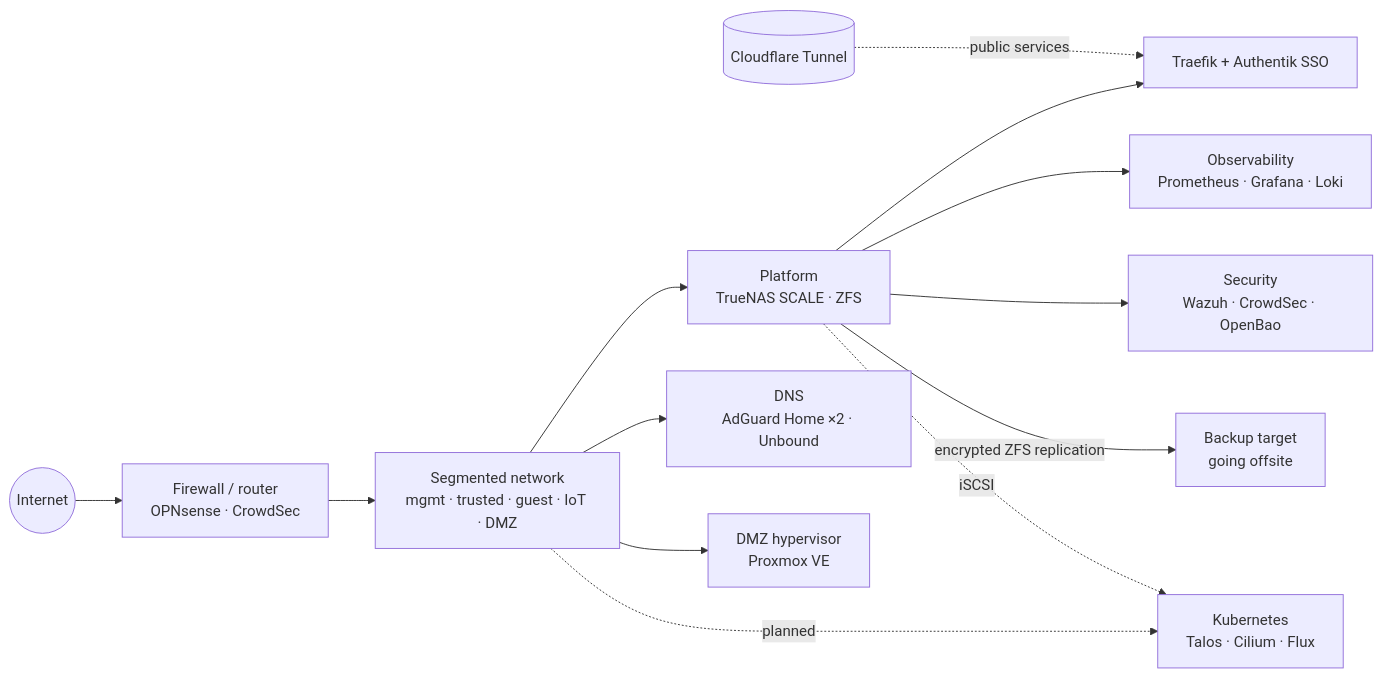
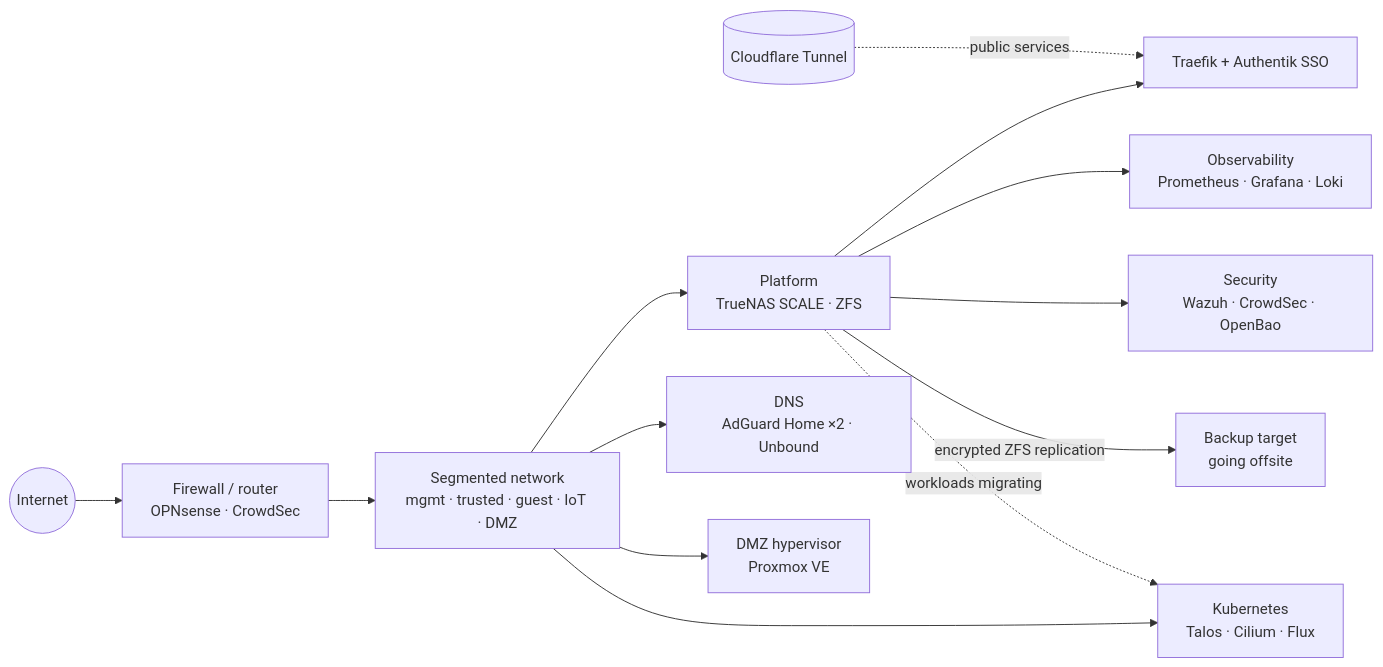
One commit to mselin/mselin changed the diagram in README.md. Above: the diagram before and after it, drawn with Mermaid. The commit also changed other lines of this file and 1 other file, not shown here.

First line of the commit message:
Note that services are moving onto the Kubernetes cluster

````diff
--- a/README.md
+++ b/README.md
@@ -31,18 +32,18 @@
 ```mermaid
 flowchart LR
   inet((Internet)) --> fw[Firewall / router<br/>OPNsense · CrowdSec]
   tunnel[(Cloudflare Tunnel)] -. public services .-> ingress
 
   fw --> sw[Segmented network<br/>mgmt · trusted · guest · IoT · DMZ]
 
   sw --> nas[Platform<br/>TrueNAS SCALE · ZFS]
   sw --> dns[DNS<br/>AdGuard Home ×2 · Unbound]
   sw --> dmz[DMZ hypervisor<br/>Proxmox VE]
-  sw -. planned .-> k8s[Kubernetes<br/>Talos · Cilium · Flux]
+  sw --> k8s[Kubernetes<br/>Talos · Cilium · Flux]
 
   nas --> ingress[Traefik + Authentik SSO]
   nas --> obs[Observability<br/>Prometheus · Grafana · Loki]
   nas --> sec[Security<br/>Wazuh · CrowdSec · OpenBao]
   nas -- encrypted ZFS replication --> bak[Backup target<br/>going offsite]
-  nas -. iSCSI .-> k8s
+  nas -. workloads migrating .-> k8s
 ```
````
